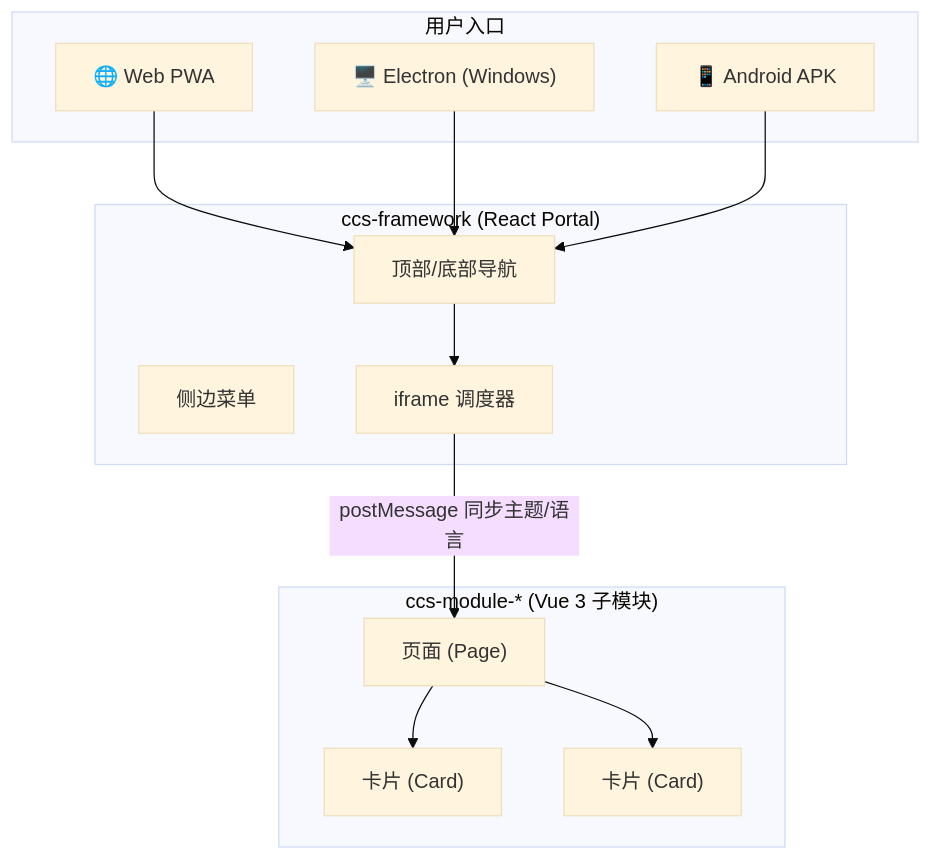
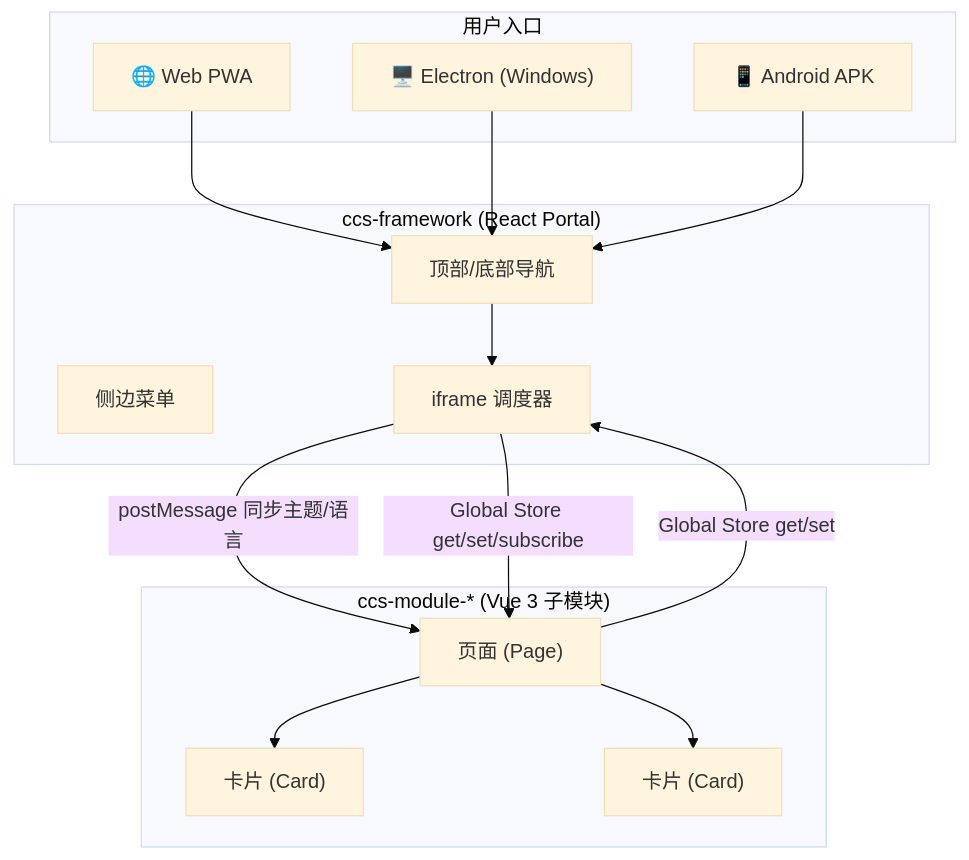
Before and after one commit to kevinmoch/ccs-monorepo: the first of 5 diagrams in README.md, drawn with Mermaid (base theme). The commit also changed other lines of this file, not shown here.

Commit message:
doc: update readme for global store

````diff
--- a/README.md
+++ b/README.md
@@ -58,28 +118,30 @@
 ```mermaid
 graph TB
     subgraph "用户入口"
         Web["🌐 Web PWA"]
         Desktop["🖥️ Electron (Windows)"]
         Android["📱 Android APK"]
     end
 
     subgraph "ccs-framework (React Portal)"
         Nav["顶部/底部导航"]
         Menu["侧边菜单"]
         IFrame["iframe 调度器"]
     end
 
     subgraph "ccs-module-* (Vue 3 子模块)"
         Page1["页面 (Page)"]
         Card1["卡片 (Card)"]
         Card2["卡片 (Card)"]
     end
 
     Web --> Nav
     Desktop --> Nav
     Android --> Nav
     Nav --> IFrame
     IFrame -->|postMessage 同步主题/语言| Page1
+    IFrame -->|Global Store get/set/subscribe| Page1
+    Page1 -->|Global Store get/set| IFrame
     Page1 --> Card1
     Page1 --> Card2
 ```
````
